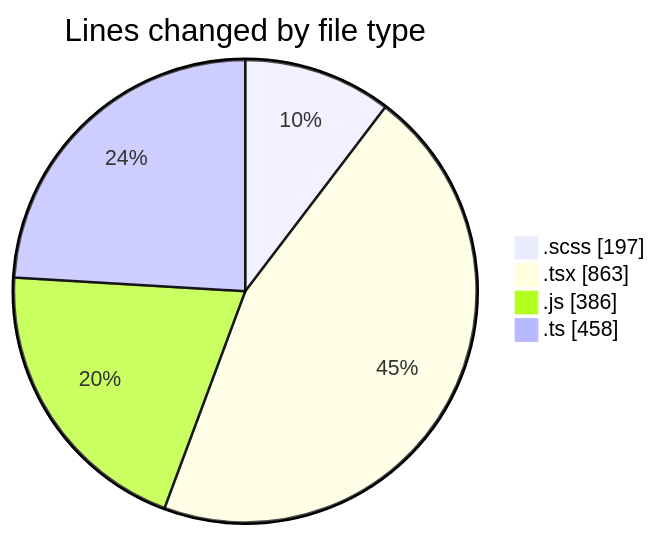
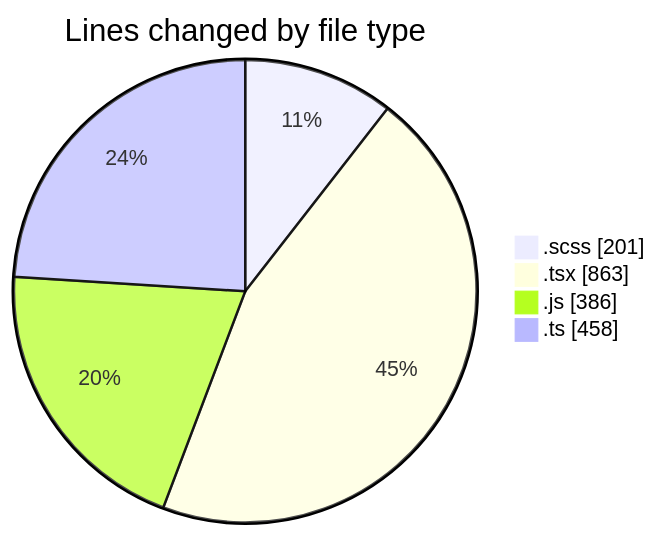
Before and after one commit to momahboobian/code-tracking: the first of 2 diagrams in 2025-03-14/cda/README.md, drawn with Mermaid. The commit also changed other lines of this file and 1 other file, not shown here.

````diff
--- a/2025-03-14/cda/README.md
+++ b/2025-03-14/cda/README.md
@@ -34,8 +34,8 @@
 ```mermaid
 pie showData
 title Lines changed by file type
-".scss" : 197
+".scss" : 201
 ".tsx" : 863
 ".js" : 386
 ".ts" : 458
 ```
````
